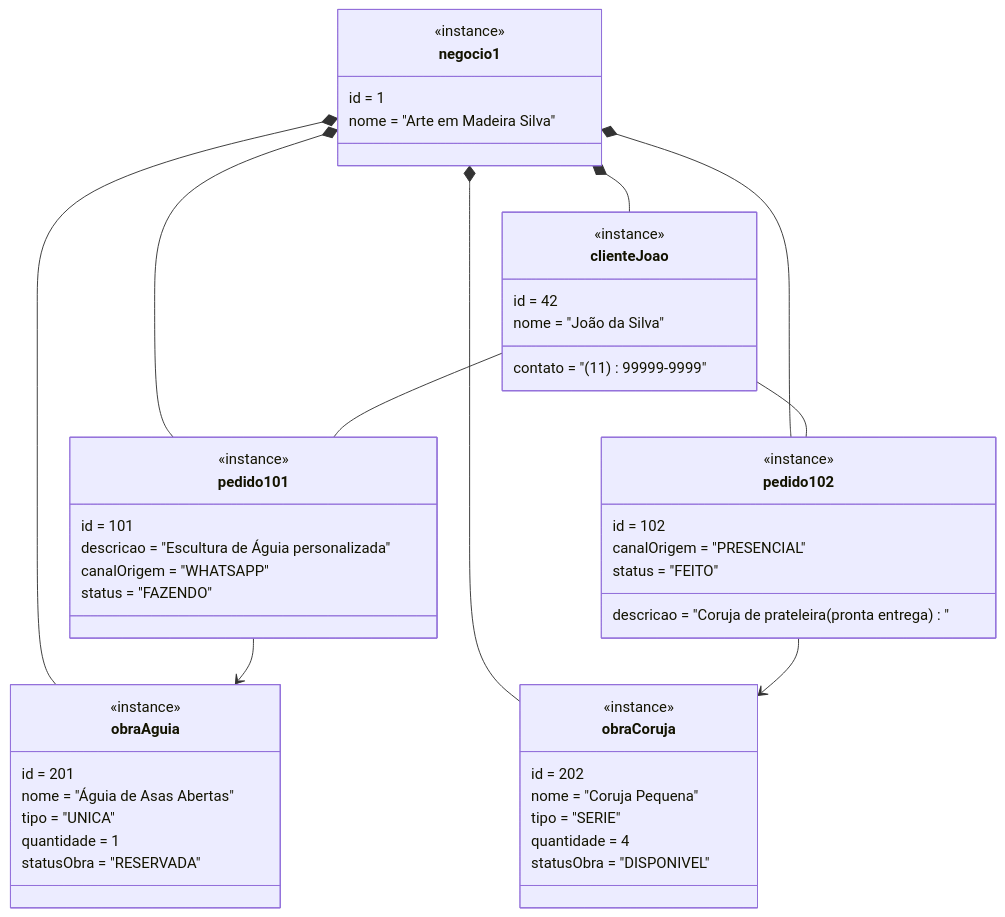
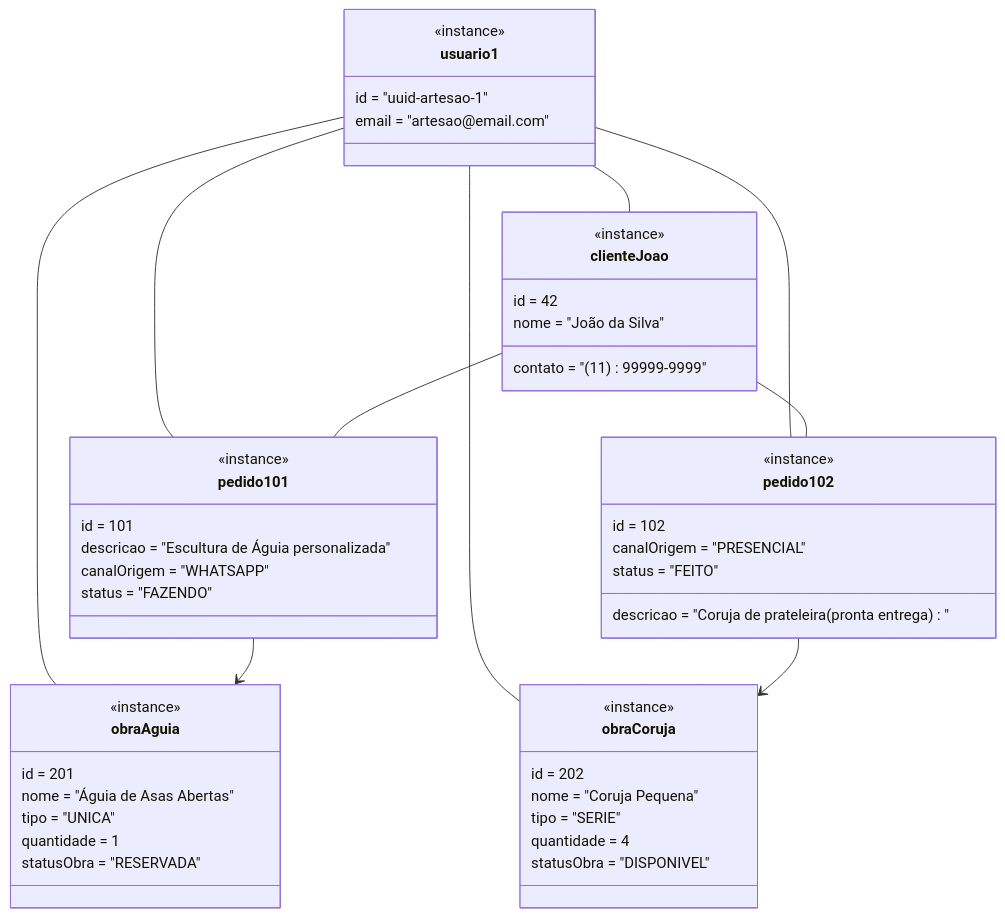
One commit to rmofilh/ate changed the fourth of 12 diagrams in docs/ate-fase2.md. Above: the diagram before and after it, drawn with Mermaid. The commit also changed other lines of this file and 1 other file, not shown here.

````diff
--- a/docs/ate-fase2.md
+++ b/docs/ate-fase2.md
@@ -756,64 +699,64 @@
 ```mermaid
 classDiagram
-    class negocio1 {
+    class usuario1 {
         <<instance>>
-        id = 1
-        nome = "Arte em Madeira Silva"
+        id = "uuid-artesao-1"
+        email = "artesao@email.com"
     }
 
     class clienteJoao {
         <<instance>>
         id = 42
         nome = "João da Silva"
         contato = "(11) 99999-9999"
     }
 
     class pedido101 {
         <<instance>>
         id = 101
         descricao = "Escultura de Águia personalizada"
         canalOrigem = "WHATSAPP"
         status = "FAZENDO"
     }
 
     class pedido102 {
         <<instance>>
         id = 102
         descricao = "Coruja de prateleira (pronta entrega)"
         canalOrigem = "PRESENCIAL"
         status = "FEITO"
     }
 
     class obraAguia {
         <<instance>>
         id = 201
         nome = "Águia de Asas Abertas"
         tipo = "UNICA"
         quantidade = 1
         statusObra = "RESERVADA"
     }
 
     class obraCoruja {
         <<instance>>
         id = 202
         nome = "Coruja Pequena"
         tipo = "SERIE"
         quantidade = 4
         statusObra = "DISPONIVEL"
     }
 
-    %% Composições (Tudo pertence ao negócio)
-    negocio1 *-- clienteJoao
-    negocio1 *-- pedido101
-    negocio1 *-- pedido102
-    negocio1 *-- obraAguia
-    negocio1 *-- obraCoruja
+    %% Associações Usuario -> Entidades (escopo por usuario_id)
+    usuario1 -- clienteJoao
+    usuario1 -- pedido101
+    usuario1 -- pedido102
+    usuario1 -- obraAguia
+    usuario1 -- obraCoruja
 
     %% Associações Cliente <-> Pedido
     clienteJoao -- pedido101
     clienteJoao -- pedido102
 
     %% Associações Pedido -> Obra
     pedido101 --> obraAguia
     pedido102 --> obraCoruja
 ```
````
